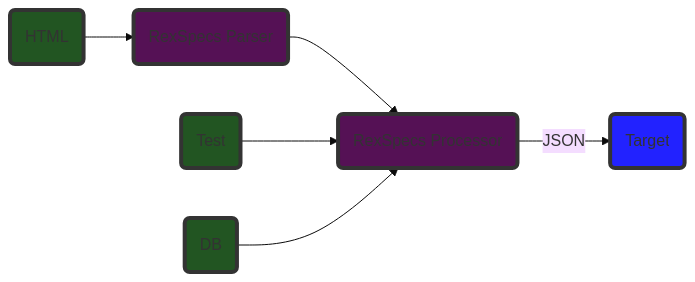
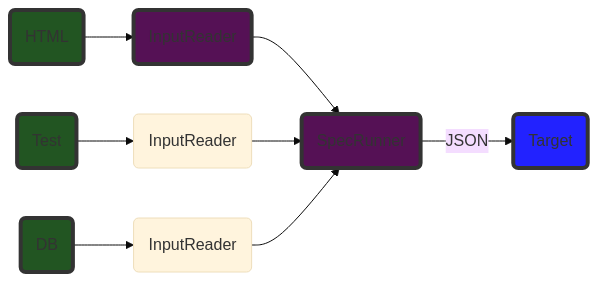
One commit to agmenc/rexspecs changed the third of 3 diagrams in README.md. Above: the diagram before and after it, drawn with Mermaid (base theme). The commit also changed other lines of this file and 3 other files, not shown here.

````diff
--- a/README.md
+++ b/README.md
@@ -124,15 +122,15 @@
 ```mermaid
 flowchart LR
-    A(HTML) --> B(RexSpecs Parser) --> C(RexSpecs Processor) -->|JSON| D(Target)
-    E(Test) --> C
-    F(DB) --> C
+    A(HTML) --> B(InputReader) --> C(SpecRunner) -->|JSON| D(Target)
+    E(Test) --> X(InputReader) --> C
+    F(DB) --> Y(InputReader) --> C
 
     classDef TestInput fill:#252,stroke:#333,stroke-width:4px;
     class A,E,F TestInput;
 
     classDef RexSpecs fill:#515,stroke:#333,stroke-width:4px;
     class B,C RexSpecs;
 
     classDef JSON fill:#22F,stroke:#333,stroke-width:4px;
     class D JSON;
 ```
````
